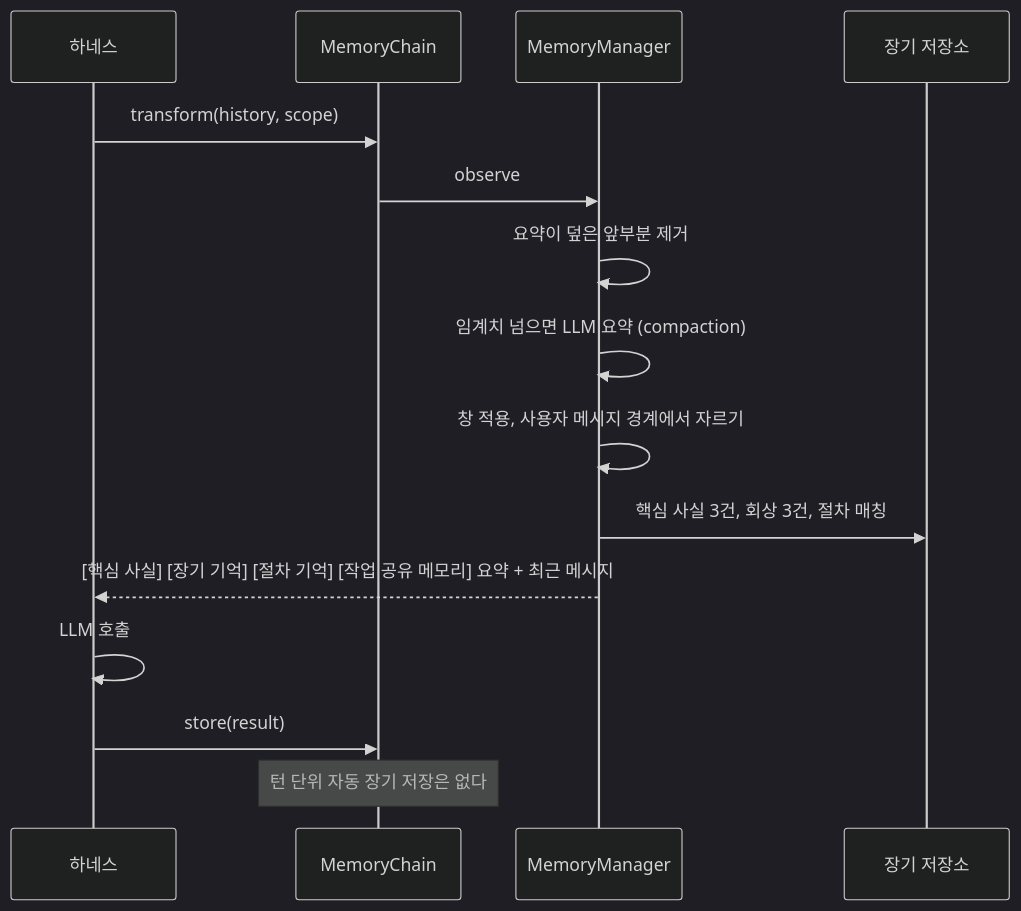
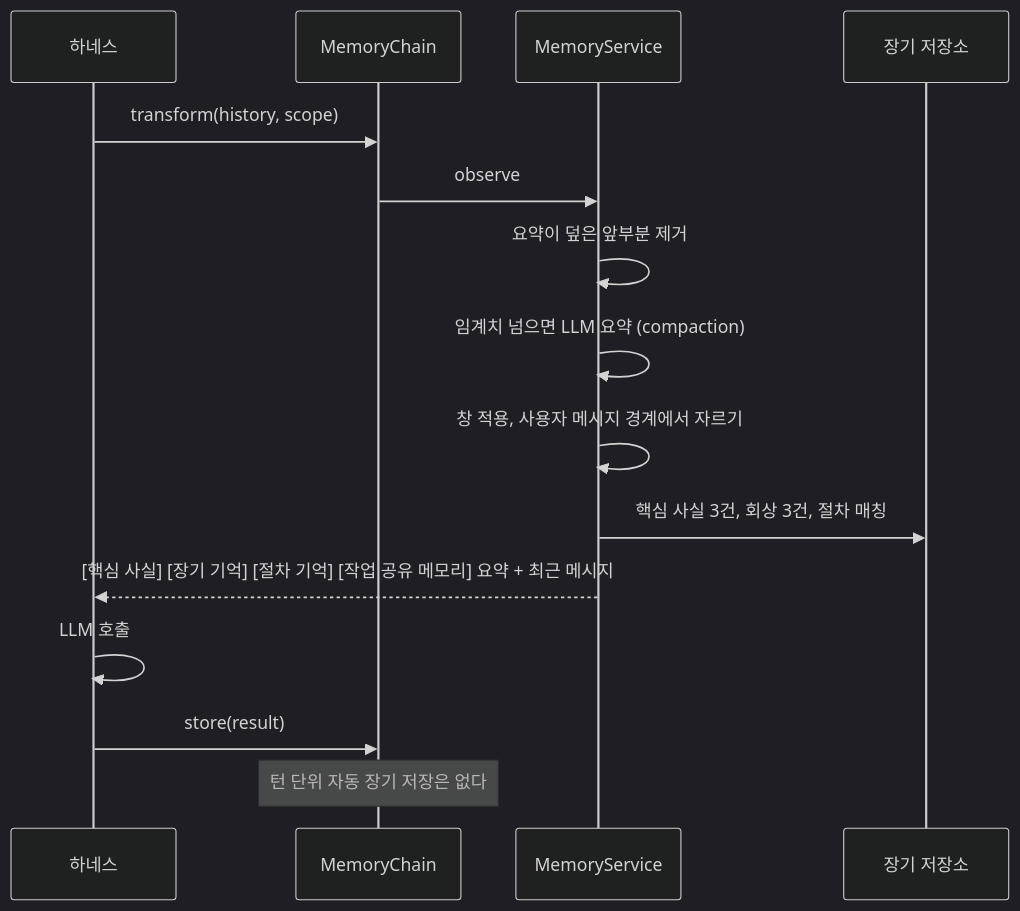
The diagram in website/docs/features/memory.md (ash-hun/jarvis-agent), drawn with Mermaid (dark theme) before and after one commit. The commit also changed other lines of this file and 384 other files, not shown here.

````diff
--- a/website/docs/features/memory.md
+++ b/website/docs/features/memory.md
@@ -22,17 +22,17 @@
 ```mermaid
 sequenceDiagram
   participant H as 하네스
   participant C as MemoryChain
-  participant M as MemoryManager
+  participant M as MemoryService
   participant S as 장기 저장소
   H->>C: transform(history, scope)
   C->>M: observe
   M->>M: 요약이 덮은 앞부분 제거
   M->>M: 임계치 넘으면 LLM 요약 (compaction)
   M->>M: 창 적용, 사용자 메시지 경계에서 자르기
   M->>S: 핵심 사실 3건, 회상 3건, 절차 매칭
   M-->>H: [핵심 사실] [장기 기억] [절차 기억] [작업 공유 메모리] 요약 + 최근 메시지
   H->>H: LLM 호출
   H->>C: store(result)
   Note over C: 턴 단위 자동 장기 저장은 없다
 ```
````
